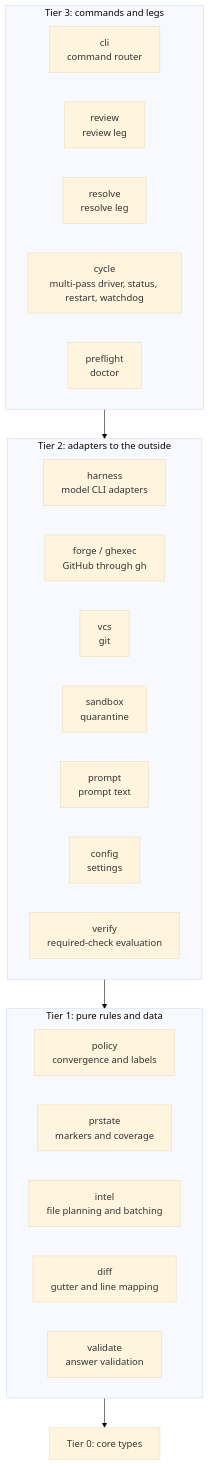
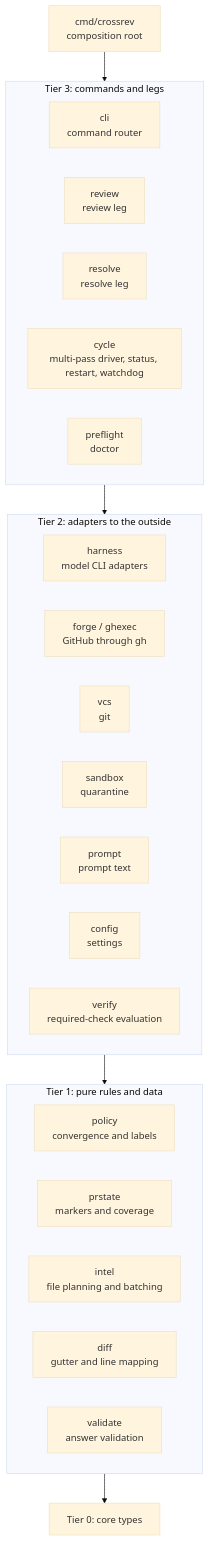
Before and after one commit to carlosboeing/crossrev: the second of 7 diagrams in docs/architecture.md, drawn with Mermaid (base theme). The commit also changed other lines of this file, not shown here.

First line of the commit message:
docs(architecture): correct the flow, limits and gates the review found

````diff
--- a/docs/architecture.md
+++ b/docs/architecture.md
@@ -61,28 +61,29 @@
 ```mermaid
 flowchart TB
     subgraph t3["Tier 3: commands and legs"]
         cli["cli<br/>command router"]
         review["review<br/>review leg"]
         resolve["resolve<br/>resolve leg"]
         cycle["cycle<br/>multi-pass driver, status, restart, watchdog"]
         preflight["preflight<br/>doctor"]
     end
     subgraph t2["Tier 2: adapters to the outside"]
         harness["harness<br/>model CLI adapters"]
         forge["forge / ghexec<br/>GitHub through gh"]
         vcs["vcs<br/>git"]
         sandbox["sandbox<br/>quarantine"]
         prompt["prompt<br/>prompt text"]
         config["config<br/>settings"]
         verify["verify<br/>required-check evaluation"]
     end
     subgraph t1["Tier 1: pure rules and data"]
         policy["policy<br/>convergence and labels"]
         prstate["prstate<br/>markers and coverage"]
         intel["intel<br/>file planning and batching"]
         diff["diff<br/>gutter and line mapping"]
         validate["validate<br/>answer validation"]
     end
     core["Tier 0: core types"]
+    root["cmd/crossrev<br/>composition root"] --> t3
     t3 --> t2 --> t1 --> core
 ```
````
